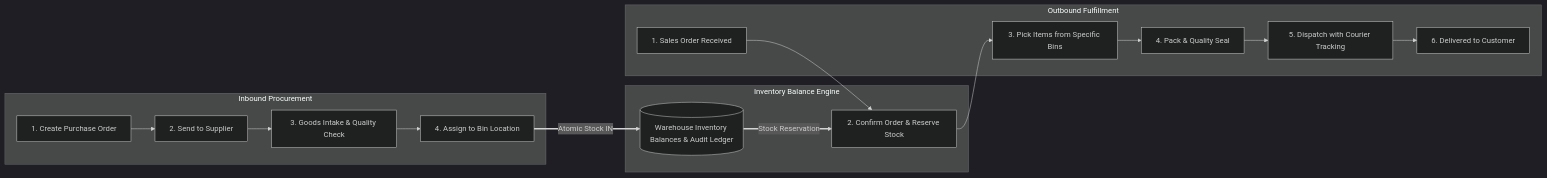
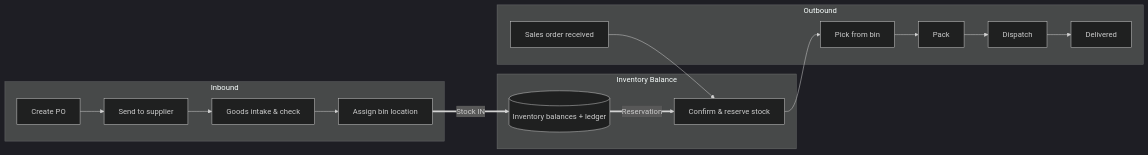
One commit to RPriago/stockFlow changed the second of 2 diagrams in README.md. Above: the diagram before and after it, drawn with Mermaid (dark theme). The commit also changed other lines of this file, not shown here.

````diff
--- a/README.md
+++ b/README.md
@@ -96,21 +73,21 @@
 ```mermaid
 flowchart LR
-    subgraph INBOUND ["Inbound Procurement"]
-        PO1["1. Create Purchase Order"] --> PO2["2. Send to Supplier"]
-        PO2 --> PO3["3. Goods Intake & Quality Check"]
-        PO3 --> PO4["4. Assign to Bin Location"]
+    subgraph INBOUND ["Inbound"]
+        PO1["Create PO"] --> PO2["Send to supplier"]
+        PO2 --> PO3["Goods intake & check"]
+        PO3 --> PO4["Assign bin location"]
     end
 
-    subgraph CORE ["Inventory Balance Engine"]
-        PO4 ==>|"Atomic Stock IN"| INV[("Warehouse Inventory Balances & Audit Ledger")]
-        INV ==>|"Stock Reservation"| SO2
+    subgraph CORE ["Inventory Balance"]
+        PO4 ==>|"Stock IN"| INV[("Inventory balances + ledger")]
+        INV ==>|"Reservation"| SO2
     end
 
-    subgraph OUTBOUND ["Outbound Fulfillment"]
-        SO1["1. Sales Order Received"] --> SO2["2. Confirm Order & Reserve Stock"]
-        SO2 --> SO3["3. Pick Items from Specific Bins"]
-        SO3 --> SO4["4. Pack & Quality Seal"]
-        SO4 --> SO5["5. Dispatch with Courier Tracking"]
-        SO5 --> SO6["6. Delivered to Customer"]
+    subgraph OUTBOUND ["Outbound"]
+        SO1["Sales order received"] --> SO2["Confirm & reserve stock"]
+        SO2 --> SO3["Pick from bin"]
+        SO3 --> SO4["Pack"]
+        SO4 --> SO5["Dispatch"]
+        SO5 --> SO6["Delivered"]
     end
 ```
````
